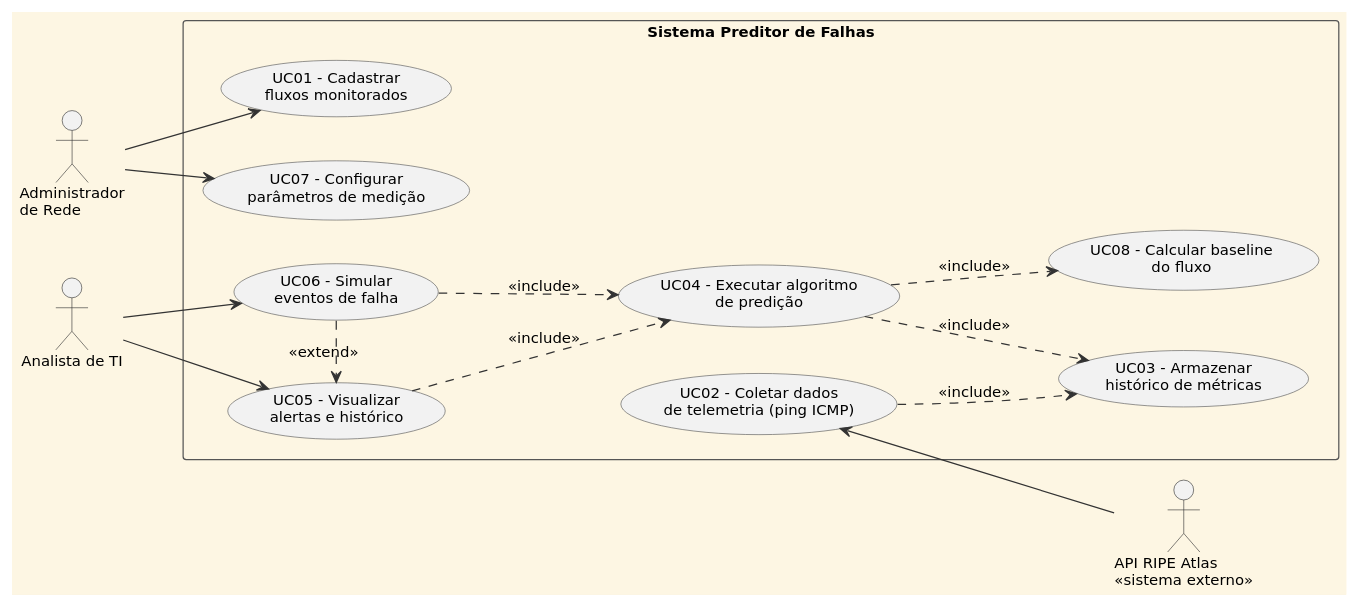
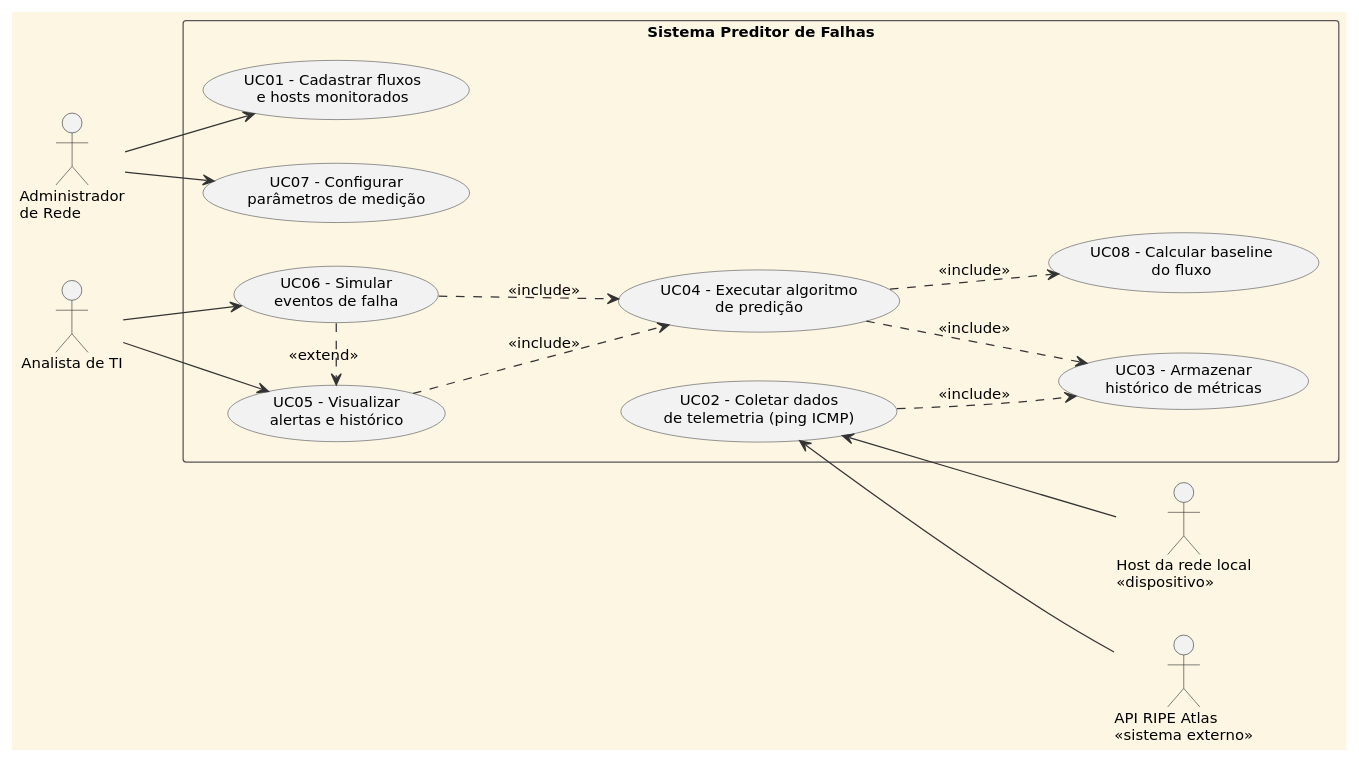
One commit to GzTop1/Redes-Projeto changed the diagram in analise_de_sistemas/uml/01_casos_uso.puml. Above: the diagram before and after it, drawn with PlantUML.

Commit message:
Atualizando UML

```diff
--- a/analise_de_sistemas/uml/01_casos_uso.puml
+++ b/analise_de_sistemas/uml/01_casos_uso.puml
@@ -1,50 +1,52 @@
 @startuml
 skinparam backgroundColor #FDF6E3
 skinparam defaultFontName DejaVu Sans
 skinparam defaultFontSize 12
 skinparam shadowing false
 skinparam ArrowColor #333333
 skinparam ActorBorderColor #333333
 skinparam ActorBackgroundColor #F2F2F2
 skinparam UsecaseBorderColor #555555
 skinparam UsecaseBackgroundColor #F2F2F2
 skinparam ClassBorderColor #555555
 skinparam ClassBackgroundColor #FFFFFF
 skinparam ClassHeaderBackgroundColor #D9EAF7
 skinparam ParticipantBorderColor #555555
 skinparam ParticipantBackgroundColor #D9EAF7
 skinparam SequenceLifeLineBorderColor #888888
 skinparam ActivityBorderColor #555555
 skinparam ActivityBackgroundColor #FFFFFF
 skinparam ActivityDiamondBackgroundColor #FFF0D9
 skinparam ActivityDiamondBorderColor #555555
 skinparam SwimlaneBorderColor #888888
 skinparam NoteBackgroundColor #FFFBEA
 skinparam NoteBorderColor #AAAAAA
 skinparam PackageBorderColor #555555
 left to right direction
 actor "Administrador\nde Rede" as ADM
 actor "Analista de TI" as ANA
 actor "API RIPE Atlas\n<<sistema externo>>" as API
+actor "Host da rede local\n<<dispositivo>>" as HOST
 rectangle "Sistema Preditor de Falhas" {
-  usecase "UC01 – Cadastrar\nfluxos monitorados" as UC01
+  usecase "UC01 – Cadastrar fluxos\ne hosts monitorados" as UC01
   usecase "UC07 – Configurar\nparâmetros de medição" as UC07
   usecase "UC05 – Visualizar\nalertas e histórico" as UC05
   usecase "UC06 – Simular\neventos de falha" as UC06
   usecase "UC02 – Coletar dados\nde telemetria (ping ICMP)" as UC02
   usecase "UC04 – Executar algoritmo\nde predição" as UC04
   usecase "UC08 – Calcular baseline\ndo fluxo" as UC08
   usecase "UC03 – Armazenar\nhistórico de métricas" as UC03
 }
 ADM --> UC01
 ADM --> UC07
 ANA --> UC05
 ANA --> UC06
 UC02 <-- API
+UC02 <-- HOST
 UC06 .> UC05 : <<extend>>
 UC05 ..> UC04 : <<include>>
 UC06 ..> UC04 : <<include>>
 UC04 ..> UC08 : <<include>>
 UC04 ..> UC03 : <<include>>
 UC02 ..> UC03 : <<include>>
 @enduml
```
